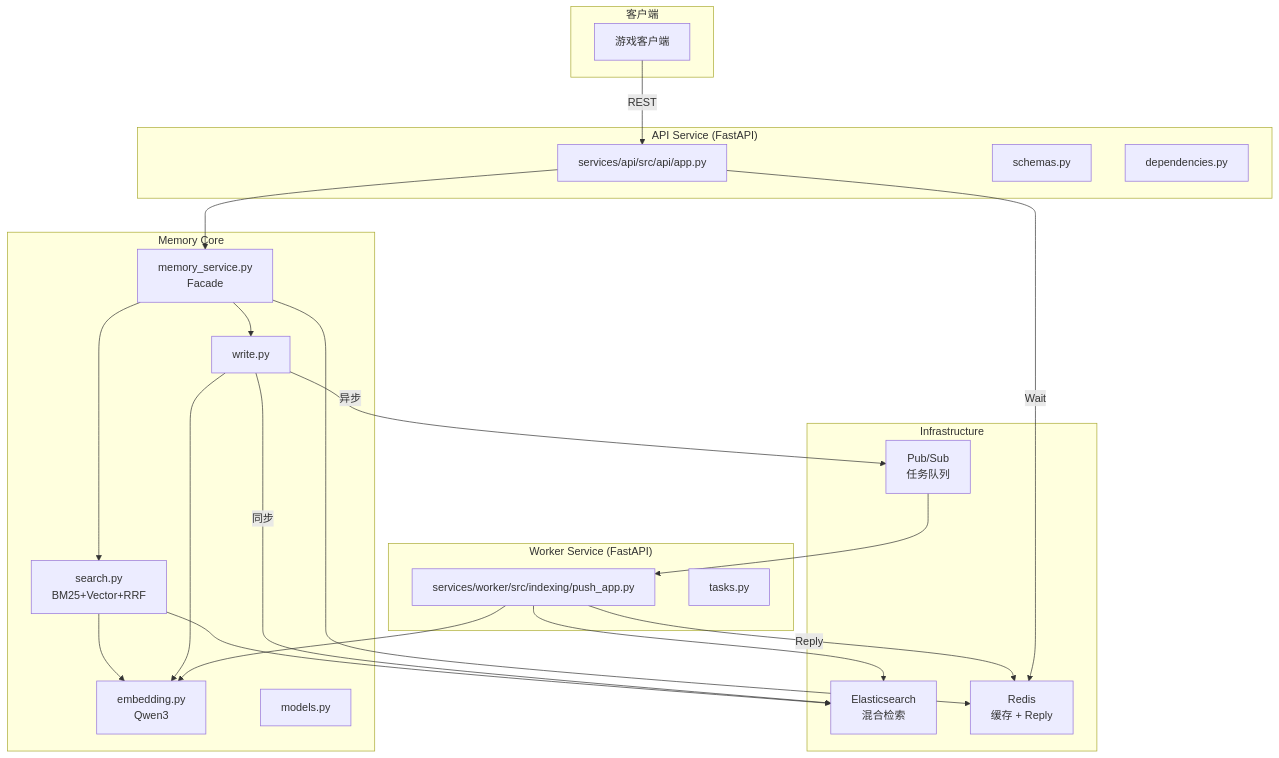
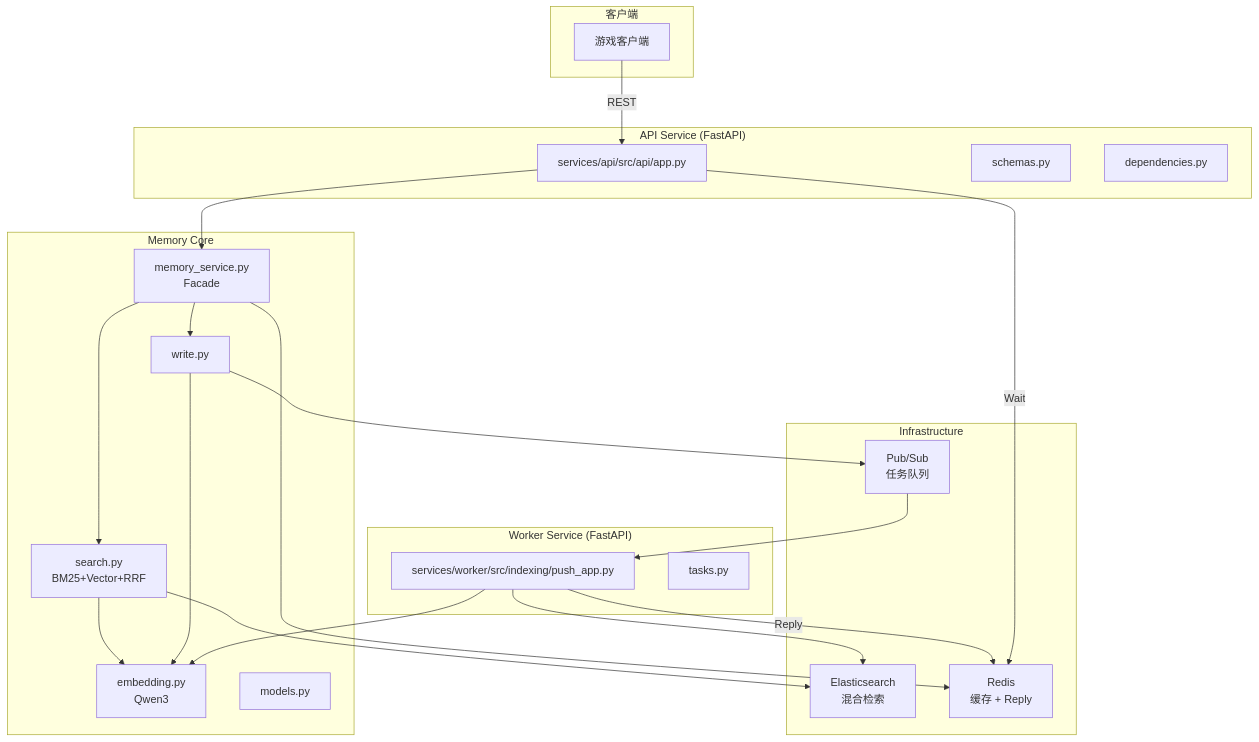
Before and after one commit to zhu1090093659/npc-memory-rag---desensitization: the diagram in README.md, drawn with Mermaid. The commit also changed other lines of this file and 8 other files, not shown here.

````diff
--- a/README.md
+++ b/README.md
@@ -25,47 +25,46 @@
 ```mermaid
 flowchart TB
     subgraph Client["客户端"]
         GameClient["游戏客户端"]
     end
 
     subgraph API["API Service (FastAPI)"]
         APIApp["services/api/src/api/app.py"]
         Schemas["schemas.py"]
         Deps["dependencies.py"]
     end
 
     subgraph Core["Memory Core"]
         Service["memory_service.py<br/>Facade"]
         Search["search.py<br/>BM25+Vector+RRF"]
         Write["write.py"]
         Embed["embedding.py<br/>Qwen3"]
         Models["models.py"]
     end
 
     subgraph Worker["Worker Service (FastAPI)"]
         PushApp["services/worker/src/indexing/push_app.py"]
         Tasks["tasks.py"]
     end
 
     subgraph Infra["Infrastructure"]
         ES["Elasticsearch<br/>混合检索"]
         Redis["Redis<br/>缓存 + Reply"]
         PubSub["Pub/Sub<br/>任务队列"]
     end
 
     GameClient -->|REST| APIApp
     APIApp --> Service
     Service --> Search
     Service --> Write
     Search --> Embed
     Write --> Embed
     Search --> ES
-    Write -->|同步| ES
-    Write -->|异步| PubSub
+    Write --> PubSub
     PubSub --> PushApp
     PushApp --> Embed
     PushApp --> ES
     PushApp -->|Reply| Redis
     APIApp -->|Wait| Redis
     Service --> Redis
 ```
````
